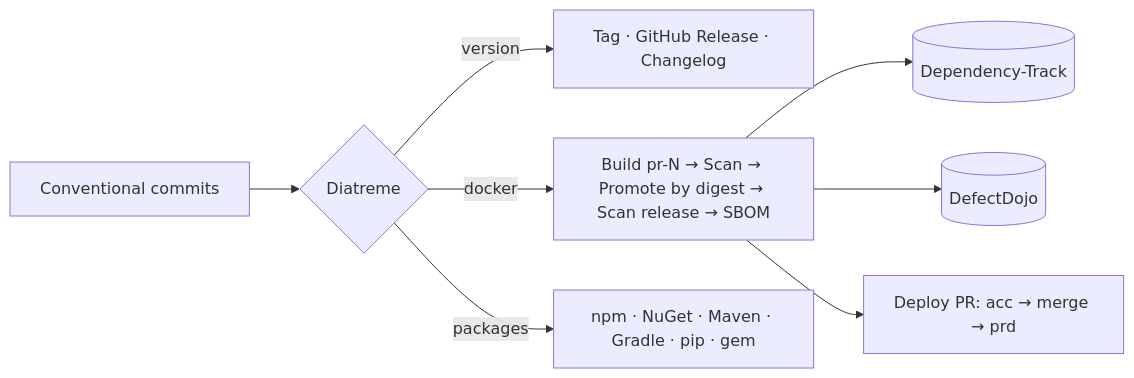
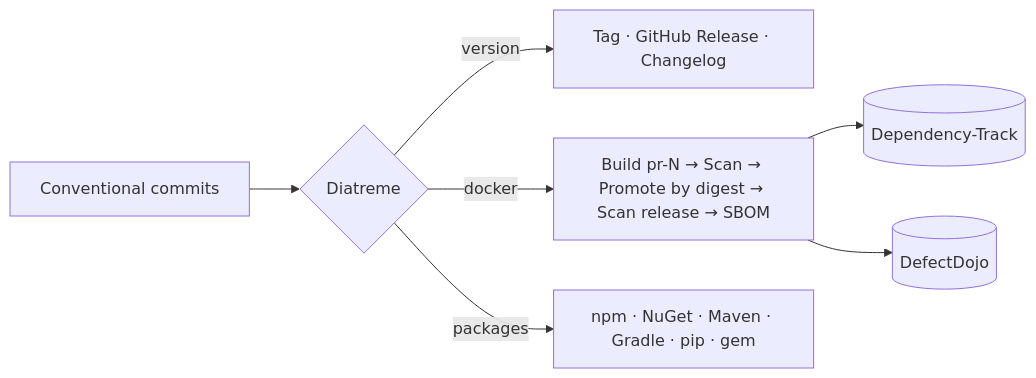
Before and after one commit to MagmaMoose/diatreme: the diagram in README.md, drawn with Mermaid. The commit also changed other lines of this file, not shown here.

Commit message:
docs(readme): fold deploy PRs into the promotion bullet to stay within 120 lines

````diff
--- a/README.md
+++ b/README.md
@@ -77,10 +73,9 @@
 ```mermaid
 flowchart LR
   C[Conventional commits] --> D{Diatreme}
   D -->|version| R[Tag · GitHub Release · Changelog]
   D -->|docker| I[Build pr-N → Scan → Promote by digest → Scan release → SBOM]
   D -->|packages| P[npm · NuGet · Maven · Gradle · pip · gem]
   I --> DT[(Dependency-Track)]
   I --> DD[(DefectDojo)]
-  I --> G[Deploy PR: acc → merge → prd]
 ```
````
